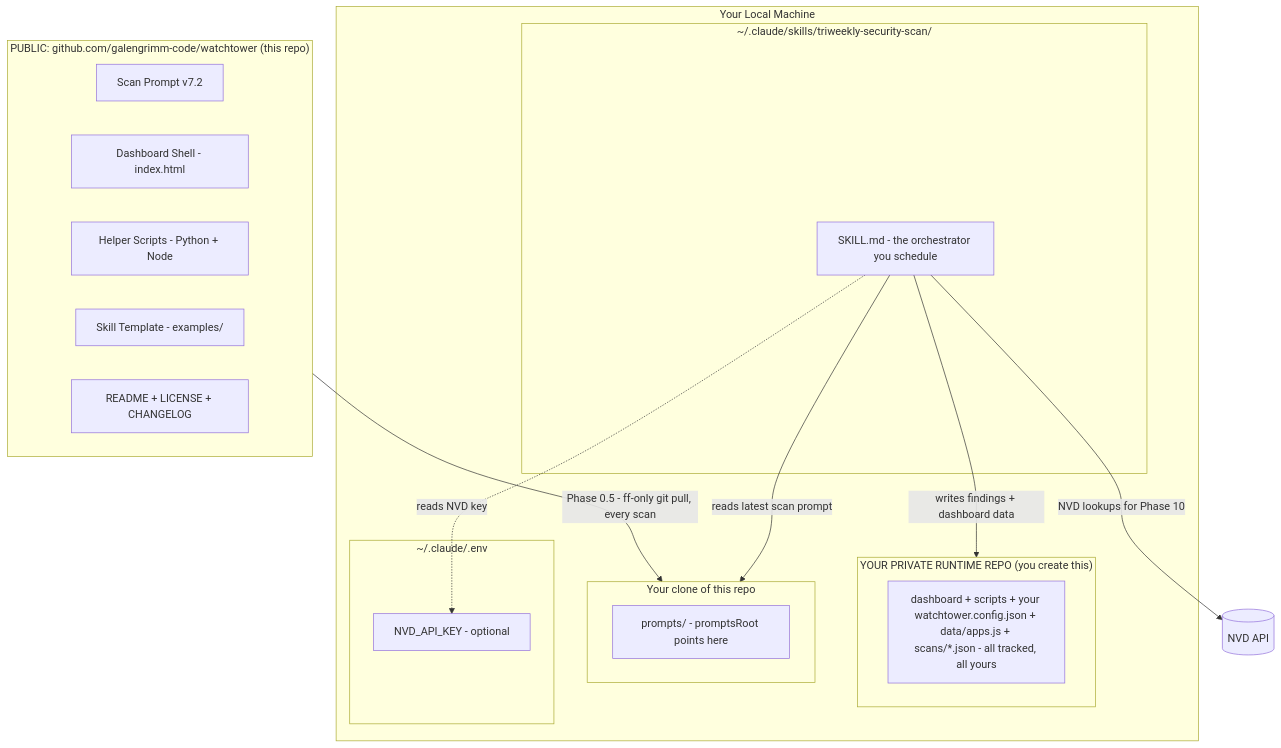
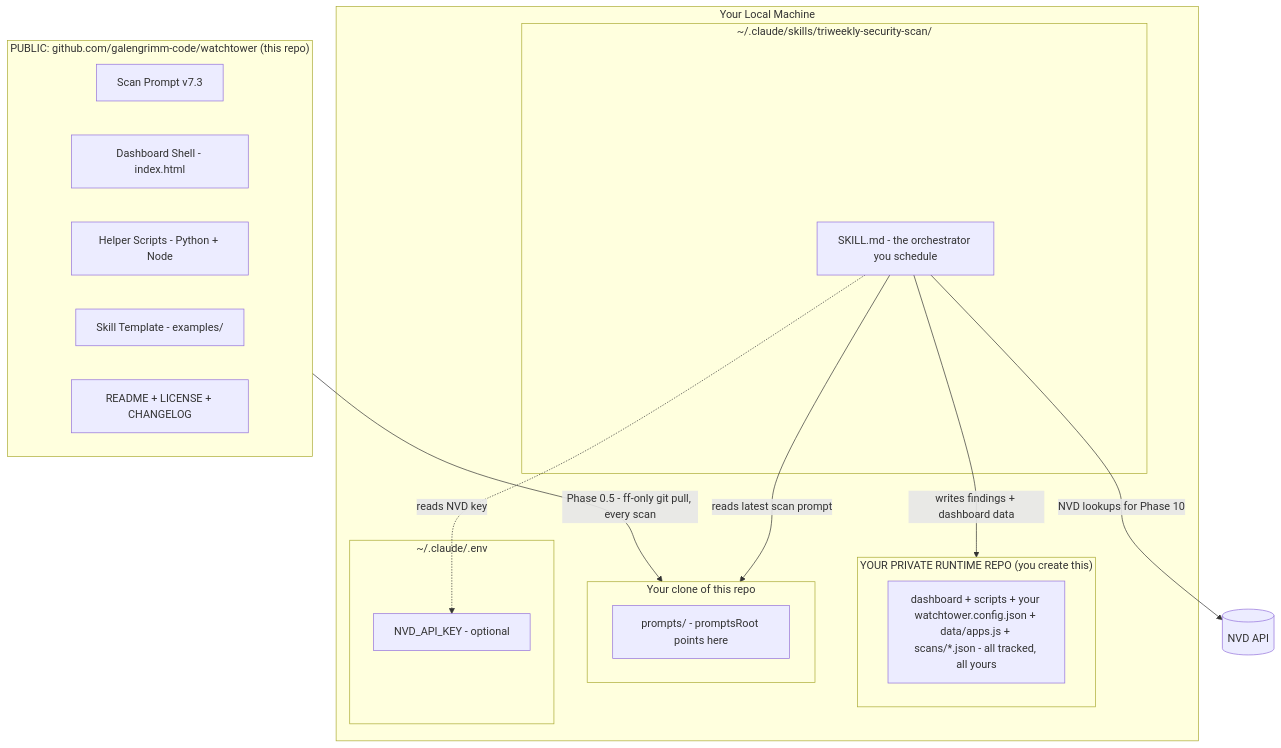
One commit to galengrimm-code/watchtower changed the first of 2 diagrams in README.md. Above: the diagram before and after it, drawn with Mermaid. The commit also changed other lines of this file and 3 other files, not shown here.

````diff
--- a/README.md
+++ b/README.md
@@ -35,34 +35,34 @@
 ```mermaid
 graph TB
     subgraph public["PUBLIC: github.com/galengrimm-code/watchtower (this repo)"]
-        Prompt[Scan Prompt v7.2]
+        Prompt[Scan Prompt v7.3]
         Shell[Dashboard Shell - index.html]
         Scripts[Helper Scripts - Python + Node]
         Template[Skill Template - examples/]
         Docs[README + LICENSE + CHANGELOG]
     end
 
     subgraph local["Your Local Machine"]
         subgraph runtime["YOUR PRIVATE RUNTIME REPO (you create this)"]
             Run[dashboard + scripts + your watchtower.config.json + data/apps.js + scans/*.json - all tracked, all yours]
         end
 
         subgraph pubclone["Your clone of this repo"]
             PromptClone[prompts/ - promptsRoot points here]
         end
 
         subgraph skillhome["~/.claude/skills/triweekly-security-scan/"]
             Skill[SKILL.md - the orchestrator you schedule]
         end
 
         subgraph env["~/.claude/.env"]
             Secrets[NVD_API_KEY - optional]
         end
     end
 
     public -->|"Phase 0.5 - ff-only git pull, every scan"| pubclone
     Skill -->|"reads latest scan prompt"| pubclone
     Skill -->|"writes findings + dashboard data"| runtime
     Skill -.->|"reads NVD key"| Secrets
     Skill -->|"NVD lookups for Phase 10"| NVD[(NVD API)]
 ```
````
